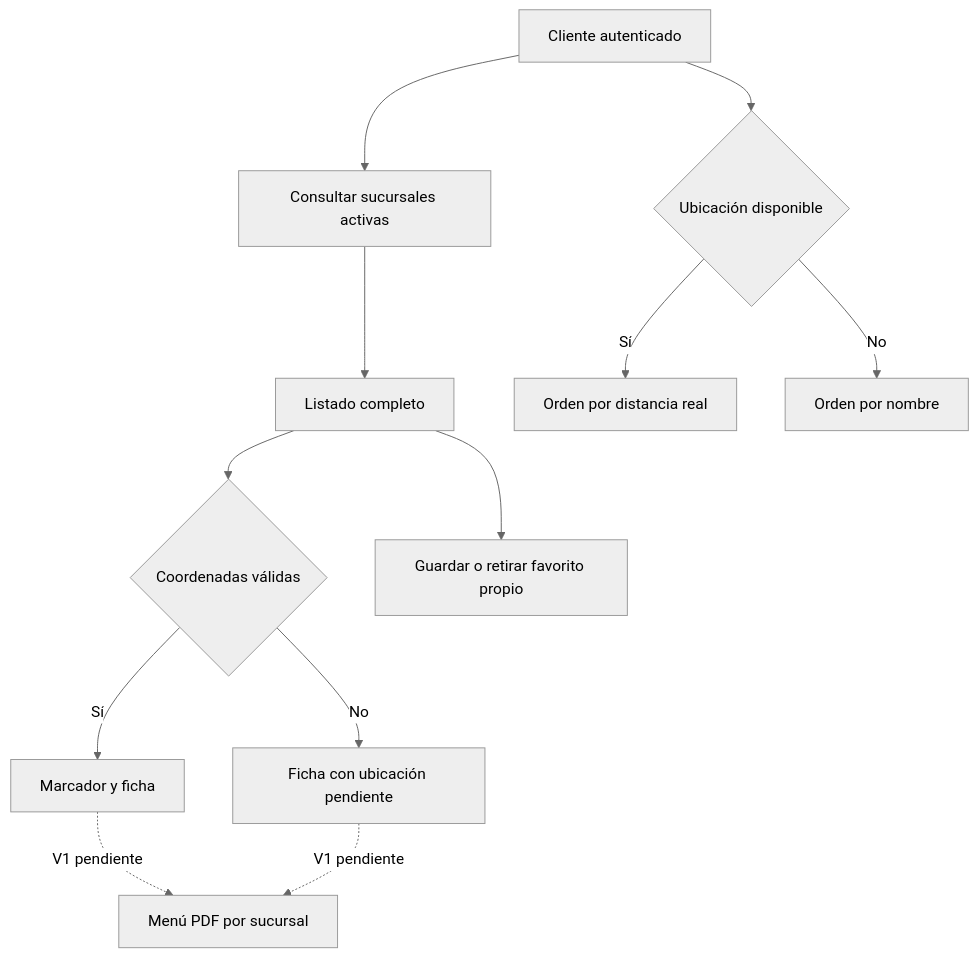
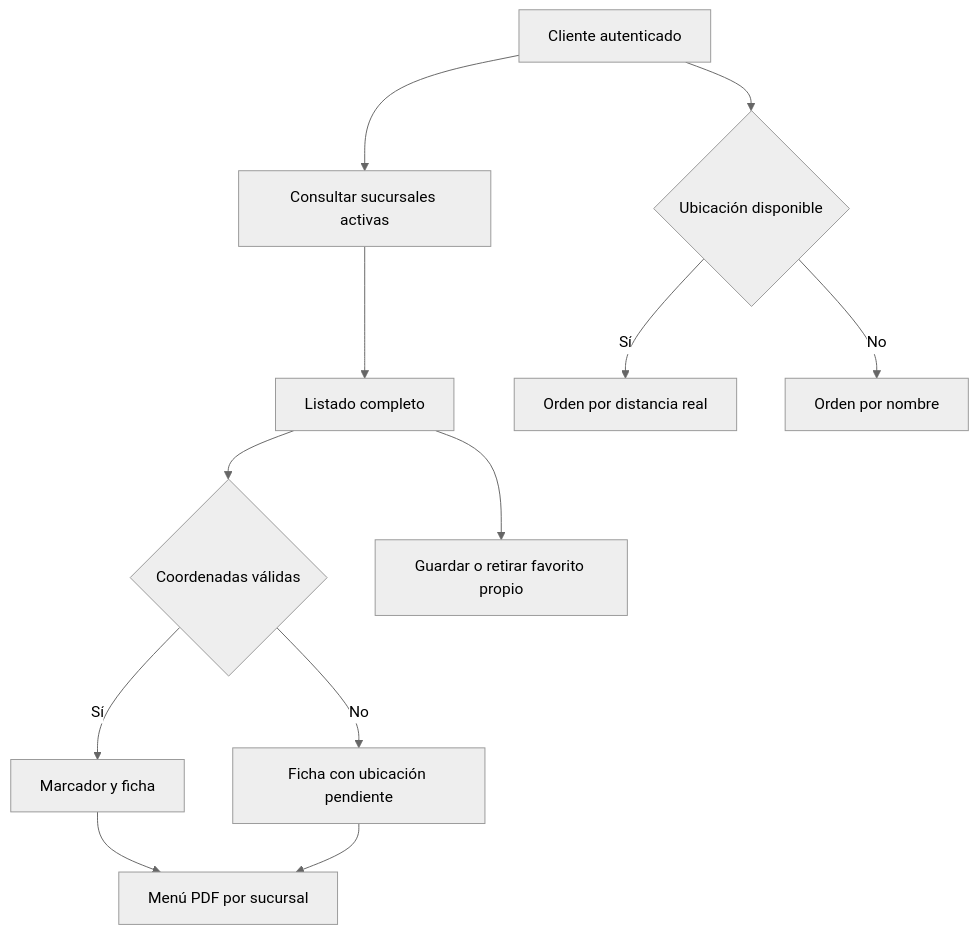
Before and after one commit to gagonzalez1/puntazo-docs: the diagram in docs/flows/25-customer-map-menu.md, drawn with Mermaid (neutral theme). The commit also changed other lines of this file and 16 other files, not shown here.

````diff
--- a/docs/flows/25-customer-map-menu.md
+++ b/docs/flows/25-customer-map-menu.md
@@ -21,14 +21,14 @@
 ```mermaid
 flowchart TD
   C[Cliente autenticado] --> Q[Consultar sucursales activas]
   Q --> L[Listado completo]
   L --> G{Coordenadas válidas}
   G -->|Sí| M[Marcador y ficha]
   G -->|No| P[Ficha con ubicación pendiente]
   C --> U{Ubicación disponible}
   U -->|Sí| D[Orden por distancia real]
   U -->|No| N[Orden por nombre]
   L --> F[Guardar o retirar favorito propio]
-  M -. V1 pendiente .-> PDF[Menú PDF por sucursal]
-  P -. V1 pendiente .-> PDF
+  M --> PDF[Menú PDF por sucursal]
+  P --> PDF
 ```
````
